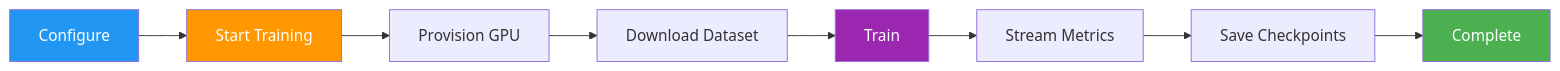
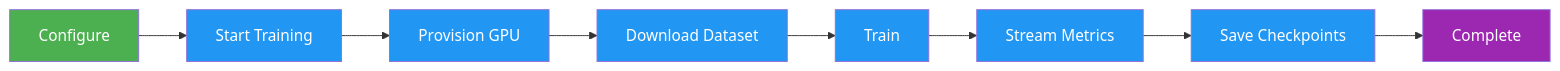
One commit to Dadalia1917/Yolo-RT-DETR-TrainCode changed the first of 3 diagrams in docs/en/platform/train/cloud-training.md. Above: the diagram before and after it, drawn with Mermaid. The commit also changed other lines of this file and 767 other files, not shown here.

````diff
--- a/docs/en/platform/train/cloud-training.md
+++ b/docs/en/platform/train/cloud-training.md
@@ -11,15 +12,14 @@
 ```mermaid
 graph LR
-    A[Configure] --> B[Start Training]
-    B --> C[Provision GPU]
-    C --> D[Download Dataset]
-    D --> E[Train]
-    E --> F[Stream Metrics]
-    F --> G[Save Checkpoints]
-    G --> H[Complete]
+    A[Configure]:::start --> B[Start Training]:::proc
+    B --> C[Provision GPU]:::proc
+    C --> D[Download Dataset]:::proc
+    D --> E[Train]:::proc
+    E --> F[Stream Metrics]:::proc
+    F --> G[Save Checkpoints]:::proc
+    G --> H[Complete]:::out
 
-    style A fill:#2196F3,color:#fff
-    style B fill:#FF9800,color:#fff
-    style E fill:#9C27B0,color:#fff
-    style H fill:#4CAF50,color:#fff
+    classDef start fill:#4CAF50,color:#fff
+    classDef proc fill:#2196F3,color:#fff
+    classDef out fill:#9C27B0,color:#fff
 ```
````
